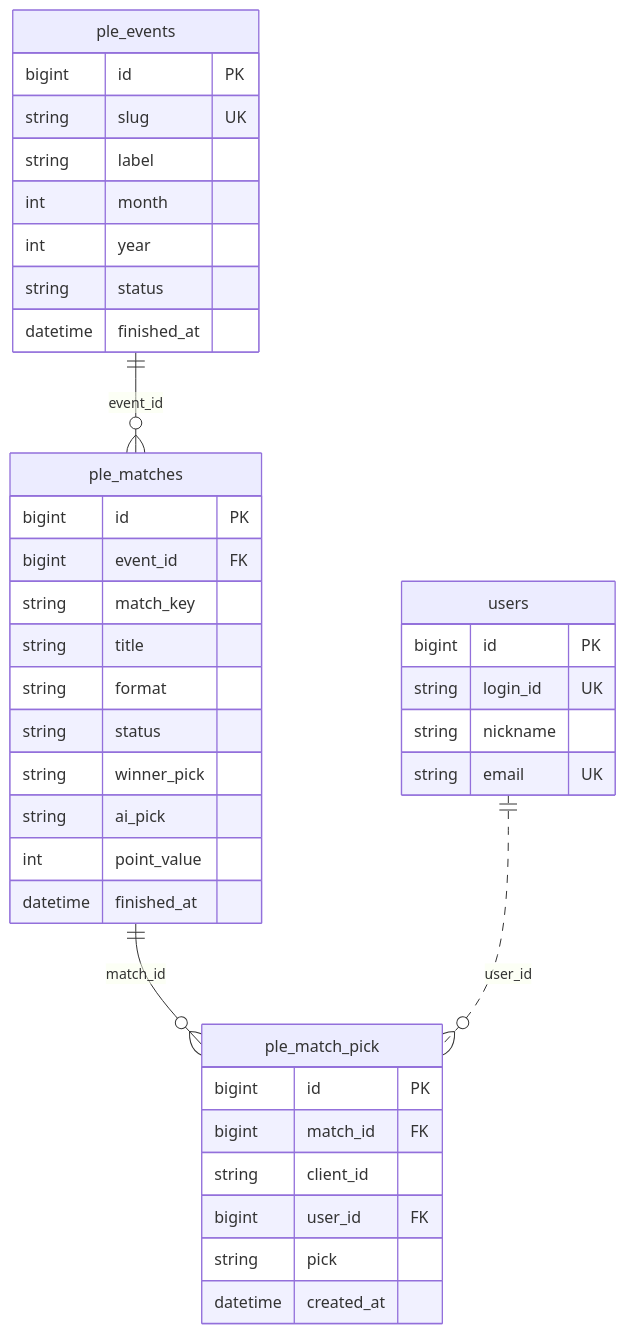
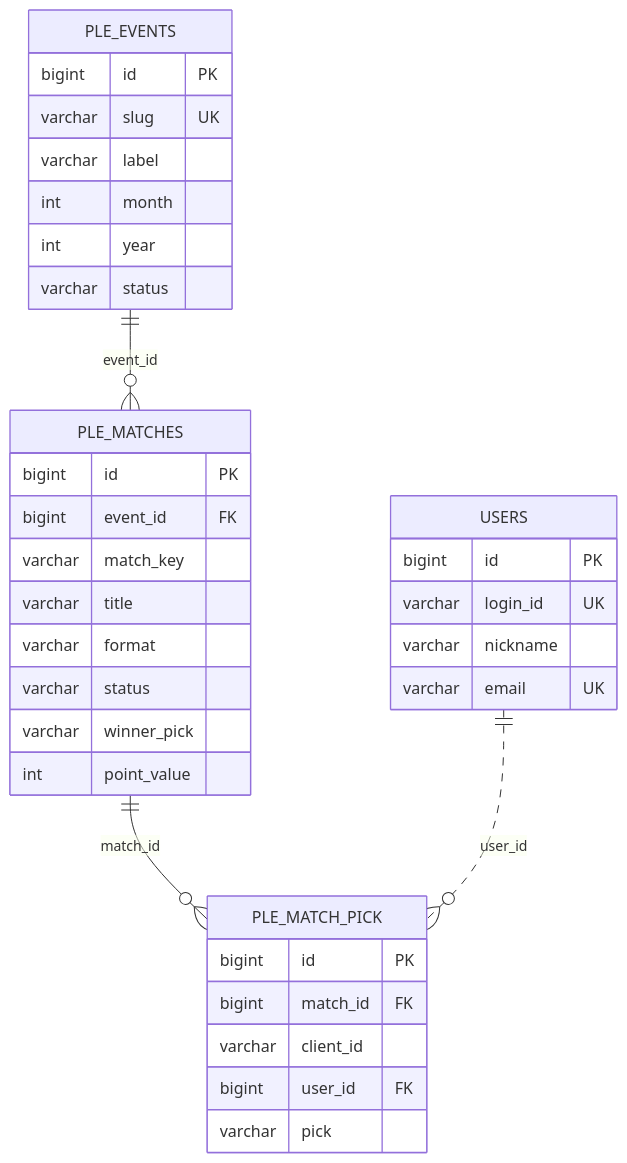
Before and after one commit to jsangho/cloud.jsangho.docs: the first of 3 diagrams in DevOps/Backend/KAYFABE_ERD.md, drawn with Mermaid. The commit also changed other lines of this file and 2 other files, not shown here.

````diff
--- a/DevOps/Backend/KAYFABE_ERD.md
+++ b/DevOps/Backend/KAYFABE_ERD.md
@@ -125,45 +10,41 @@
 ```mermaid
 erDiagram
-    ple_events ||--o{ ple_matches : event_id
-    ple_matches ||--o{ ple_match_pick : match_id
-    users ||..o{ ple_match_pick : user_id
+    PLE_EVENTS ||--o{ PLE_MATCHES : event_id
+    PLE_MATCHES ||--o{ PLE_MATCH_PICK : match_id
+    USERS ||..o{ PLE_MATCH_PICK : user_id
 
-    ple_events {
+    PLE_EVENTS {
         bigint id PK
-        string slug UK
-        string label
+        varchar slug UK
+        varchar label
         int month
         int year
-        string status
-        datetime finished_at
+        varchar status
     }
 
-    ple_matches {
+    PLE_MATCHES {
         bigint id PK
         bigint event_id FK
-        string match_key
-        string title
-        string format
-        string status
-        string winner_pick
-        string ai_pick
+        varchar match_key
+        varchar title
+        varchar format
+        varchar status
+        varchar winner_pick
         int point_value
-        datetime finished_at
     }
 
-    ple_match_pick {
+    PLE_MATCH_PICK {
         bigint id PK
         bigint match_id FK
-        string client_id
+        varchar client_id
         bigint user_id FK
-        string pick
-        datetime created_at
+        varchar pick
     }
 
-    users {
+    USERS {
         bigint id PK
-        string login_id UK
-        string nickname
-        string email UK
+        varchar login_id UK
+        varchar nickname
+        varchar email UK
     }
 ```
````
